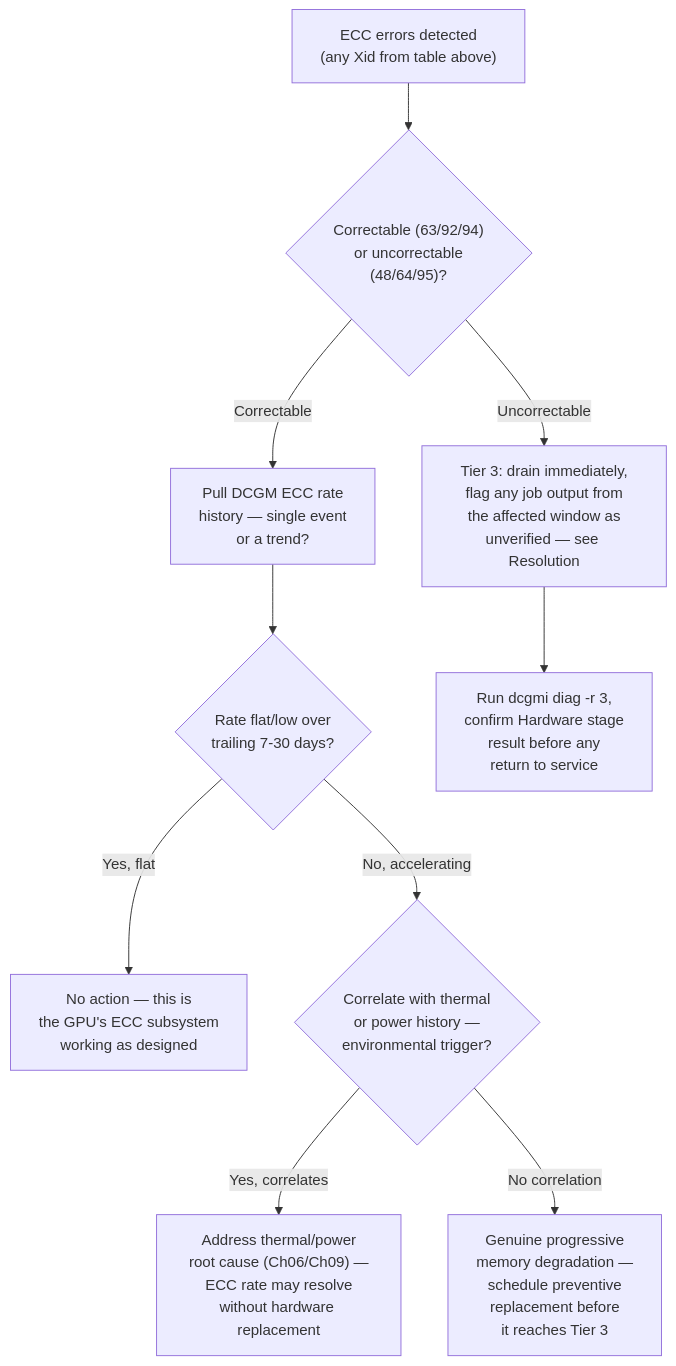
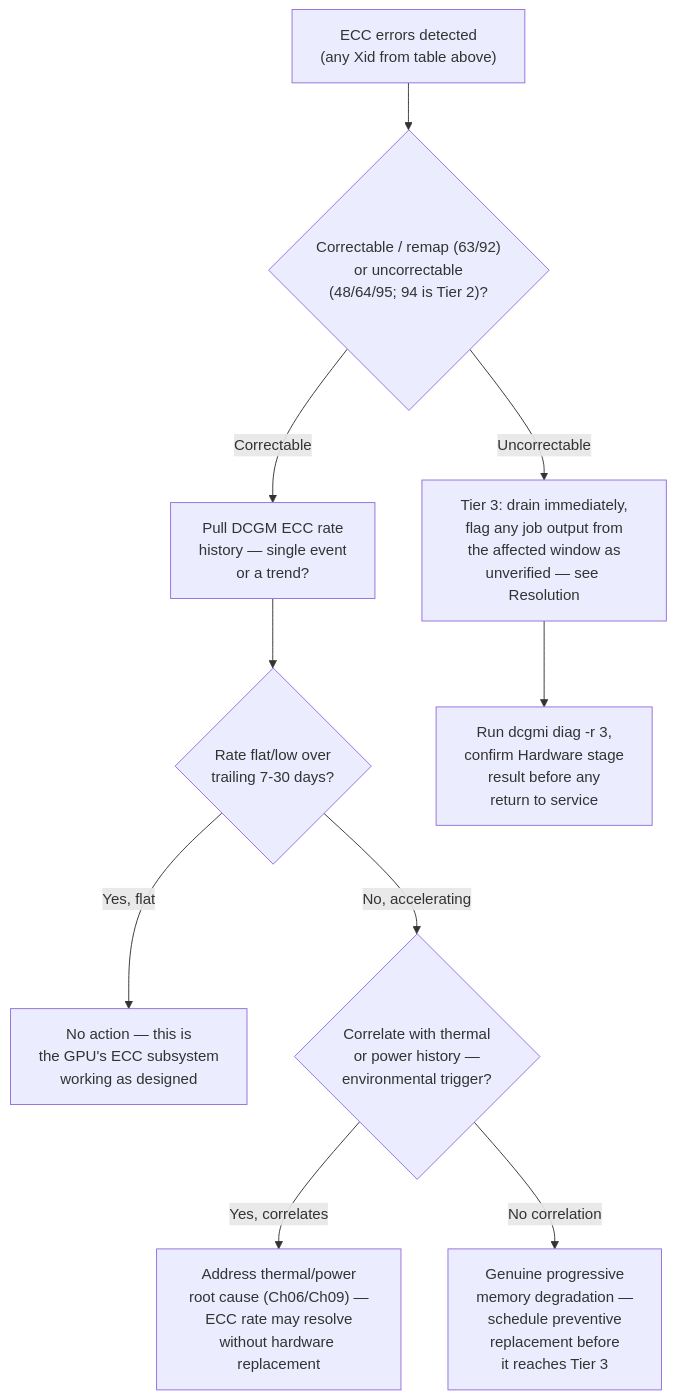
One commit to jithinpnjm/nvidia-devops changed the first of 2 diagrams in docs/nvidia-zero-to-hero/volume-20/chapter-05-ecc-errors-and-memory-bit-flips.md. Above: the diagram before and after it, drawn with Mermaid. The commit also changed other lines of this file and 289 other files, not shown here.

````diff
--- a/docs/nvidia-zero-to-hero/volume-20/chapter-05-ecc-errors-and-memory-bit-flips.md
+++ b/docs/nvidia-zero-to-hero/volume-20/chapter-05-ecc-errors-and-memory-bit-flips.md
@@ -61,12 +63,12 @@
 ```mermaid
 flowchart TD
-    A["ECC errors detected<br/>(any Xid from table above)"] --> B{"Correctable (63/92/94)<br/>or uncorrectable<br/>(48/64/95)?"}
+    A["ECC errors detected<br/>(any Xid from table above)"] --> B{"Correctable / remap (63/92)<br/>or uncorrectable<br/>(48/64/95; 94 is Tier 2)?"}
     B -->|Uncorrectable| C["Tier 3: drain immediately,<br/>flag any job output from<br/>the affected window as<br/>unverified — see Resolution"]
     B -->|Correctable| D["Pull DCGM ECC rate<br/>history — single event<br/>or a trend?"]
     D --> E{"Rate flat/low over<br/>trailing 7-30 days?"}
     E -->|Yes, flat| F["No action — this is<br/>the GPU's ECC subsystem<br/>working as designed"]
     E -->|No, accelerating| G{"Correlate with thermal<br/>or power history —<br/>environmental trigger?"}
     G -->|Yes, correlates| H["Address thermal/power<br/>root cause (Ch06/Ch09) —<br/>ECC rate may resolve<br/>without hardware replacement"]
     G -->|No correlation| I["Genuine progressive<br/>memory degradation —<br/>schedule preventive<br/>replacement before<br/>it reaches Tier 3"]
     C --> J["Run dcgmi diag -r 3,<br/>confirm Hardware stage<br/>result before any<br/>return to service"]
 ```
````
